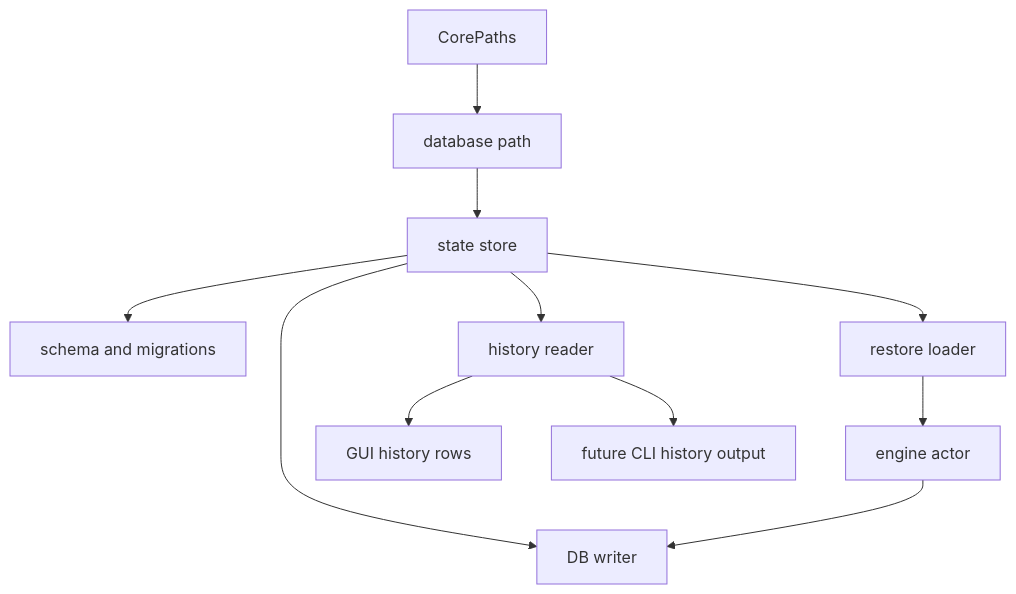
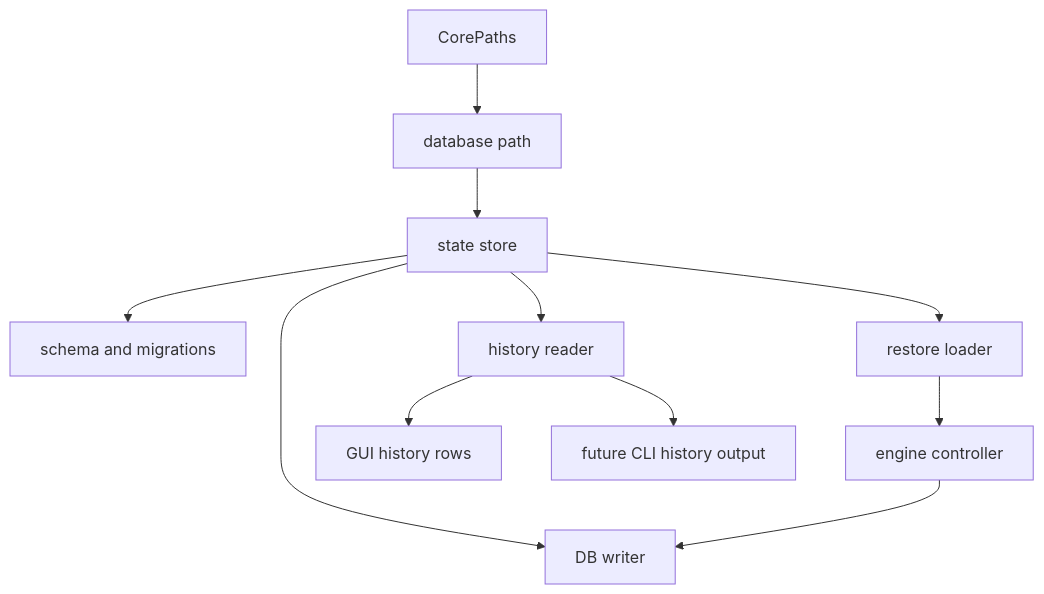
One commit to ophelianz/ophelia changed the eighth of 9 diagrams in docs/core-diagrams.md. Above: the diagram before and after it, drawn with Mermaid. The commit also changed other lines of this file and 11 other files, not shown here.

````diff
--- a/docs/core-diagrams.md
+++ b/docs/core-diagrams.md
@@ -171,13 +177,13 @@
 ```mermaid
 graph TD
   CorePaths["CorePaths"] --> DbPath["database path"]
   DbPath --> Store["state store"]
   Store --> Schema["schema and migrations"]
   Store --> Writer["DB writer"]
   Store --> Restore["restore loader"]
   Store --> History["history reader"]
-  Actor["engine actor"] --> Writer
-  Restore --> Actor
+  Controller["engine controller"] --> Writer
+  Restore --> Controller
   History --> GuiHistory["GUI history rows"]
   History --> CliHistory["future CLI history output"]
 ```
````
